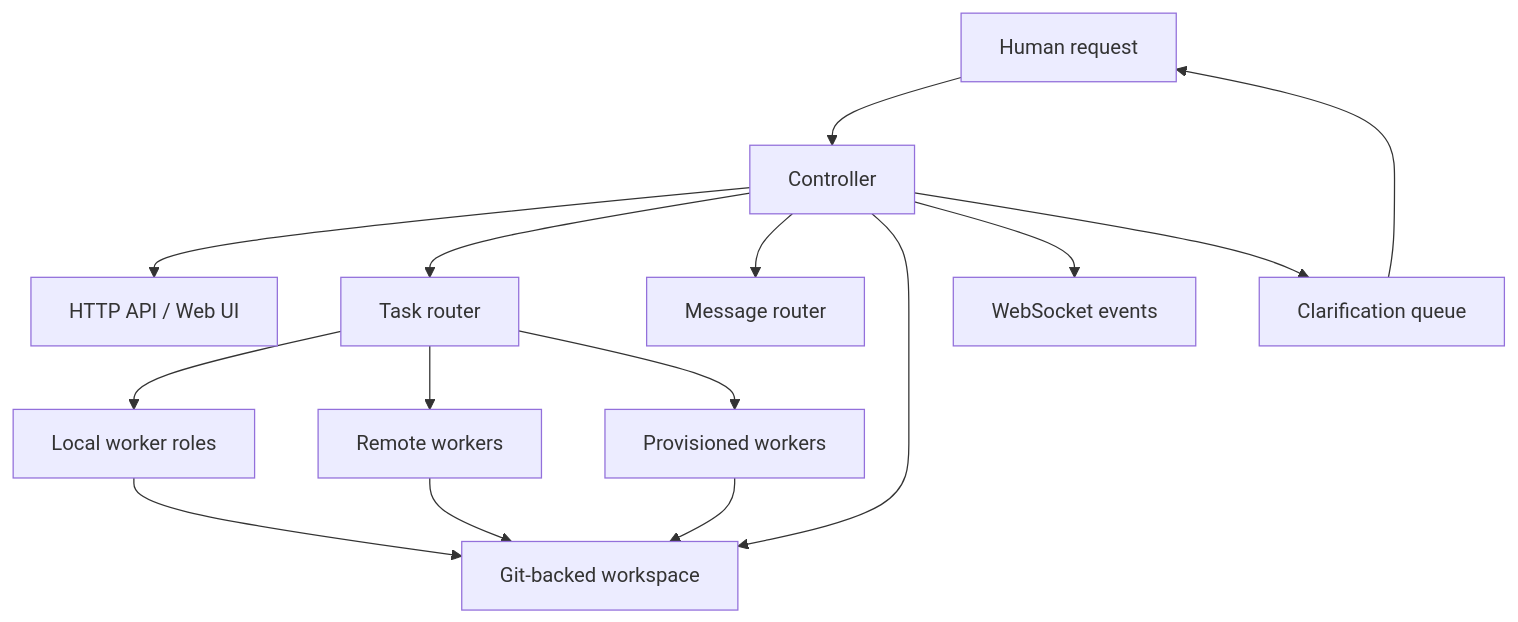
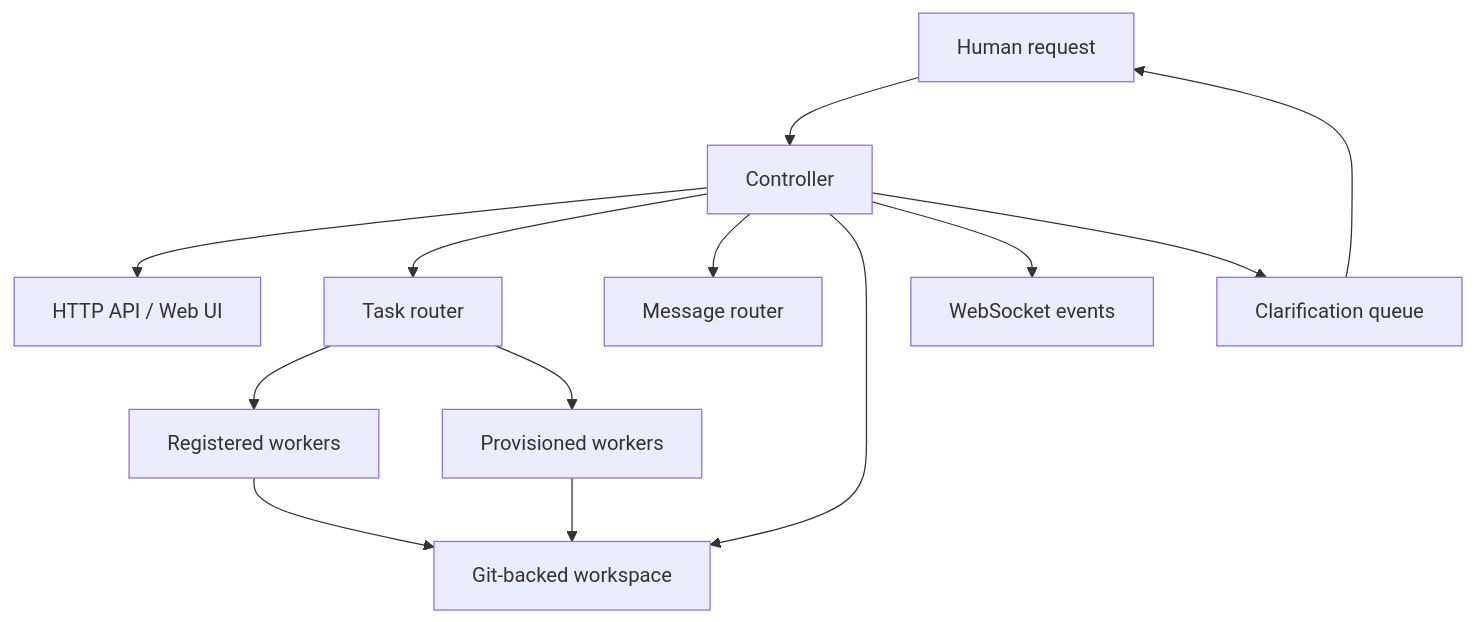
Before and after one commit to topcheer/teamclaw: the first of 3 diagrams in DESIGN.md, drawn with Mermaid. The commit also changed other lines of this file and 196 other files, not shown here.

Commit message:
feat: harden TeamClaw orchestration and app QA flow

````diff
--- a/DESIGN.md
+++ b/DESIGN.md
@@ -20,17 +20,15 @@
 ```mermaid
 flowchart TD
     U[Human request] --> C[Controller]
     C --> API[HTTP API / Web UI]
     C --> TR[Task router]
     C --> MR[Message router]
     C --> GS[Git-backed workspace]
     C --> WS[WebSocket events]
-    TR --> LW[Local worker roles]
-    TR --> RW[Remote workers]
+    TR --> RW[Registered workers]
     TR --> PW[Provisioned workers]
-    LW --> GS
     RW --> GS
     PW --> GS
     C --> CR[Clarification queue]
     CR --> U
 ```
````
